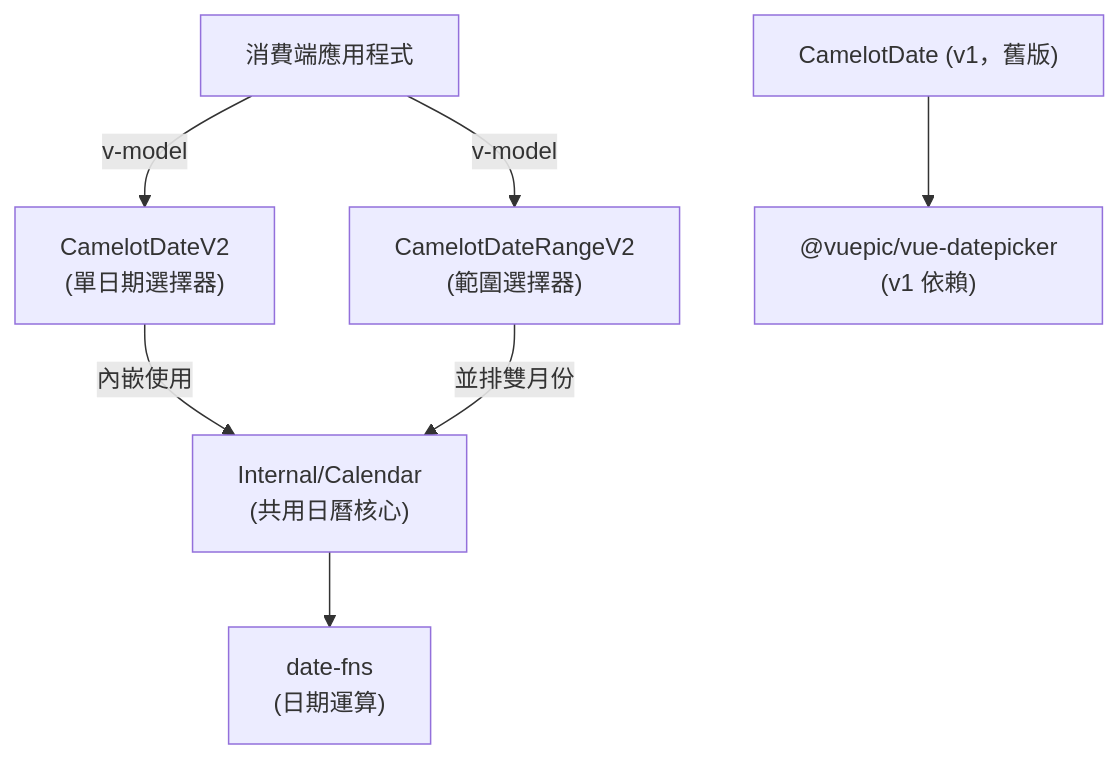
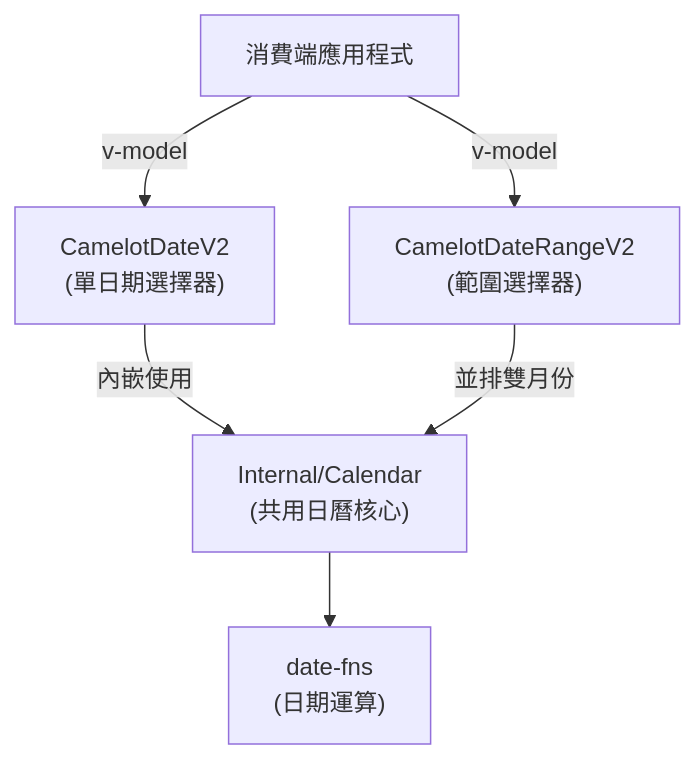
The first of 4 diagrams in .agents/project/wiki/features/calendar.md (KNightING/camelot-nuxt-layer), drawn with Mermaid before and after one commit. The commit also changed 3 other files, not shown here.

First line of the commit message:
chore(deps): remove unused @vuepic/vue-datepicker, add date-fns as direct dep

````diff
--- a/.agents/project/wiki/features/calendar.md
+++ b/.agents/project/wiki/features/calendar.md
@@ -14,17 +14,14 @@
 ```mermaid
 graph TD
     User["消費端應用程式"]
     DateV2["CamelotDateV2\n(單日期選擇器)"]
     DateRangeV2["CamelotDateRangeV2\n(範圍選擇器)"]
     Calendar["Internal/Calendar\n(共用日曆核心)"]
     DateFns["date-fns\n(日期運算)"]
-    VuepicDatepicker["@vuepic/vue-datepicker\n(v1 依賴)"]
 
     User -->|v-model| DateV2
     User -->|v-model| DateRangeV2
     DateV2 -->|內嵌使用| Calendar
     DateRangeV2 -->|並排雙月份| Calendar
     Calendar --> DateFns
-
-    DateV1["CamelotDate (v1，舊版)"] --> VuepicDatepicker
 ```
````
